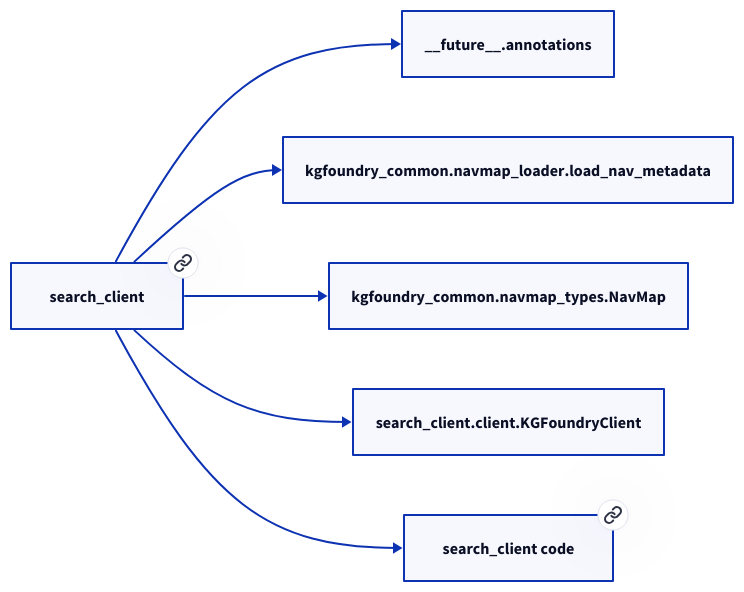
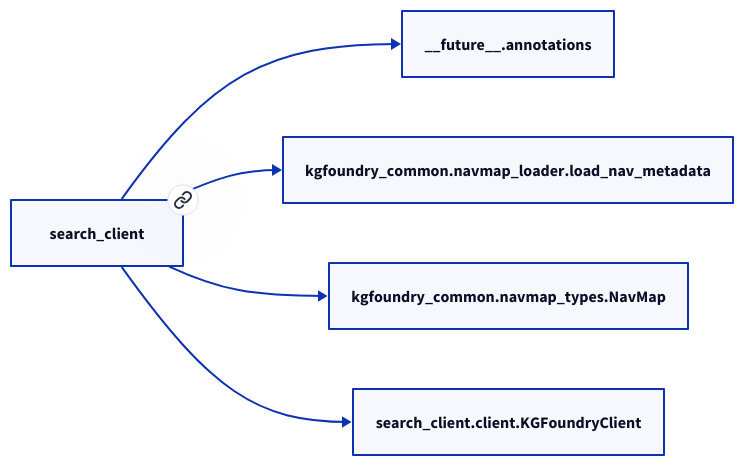
One commit to paul-heyse/kgforge changed the diagram in docs/modules/search_client.md. Above: the diagram before and after it, drawn with D2. The commit also changed other lines of this file and 118 other files, not shown here.

````diff
--- a/docs/modules/search_client.md
+++ b/docs/modules/search_client.md
@@ -17,14 +15,12 @@
 ```d2
 direction: right
-"search_client": "search_client" { link: "./search_client.md" }
+"search_client": "search_client" { link: "search_client.md" }
 "__future__.annotations": "__future__.annotations"
 "search_client" -> "__future__.annotations"
 "kgfoundry_common.navmap_loader.load_nav_metadata": "kgfoundry_common.navmap_loader.load_nav_metadata"
 "search_client" -> "kgfoundry_common.navmap_loader.load_nav_metadata"
 "kgfoundry_common.navmap_types.NavMap": "kgfoundry_common.navmap_types.NavMap"
 "search_client" -> "kgfoundry_common.navmap_types.NavMap"
 "search_client.client.KGFoundryClient": "search_client.client.KGFoundryClient"
 "search_client" -> "search_client.client.KGFoundryClient"
-"search_client_code": "search_client code" { link: "https://github.com/kgfoundry/kgfoundry/blob/main/src/search_client/__init__.py" }
-"search_client" -> "search_client_code" { style: dashed }
 ```
````
